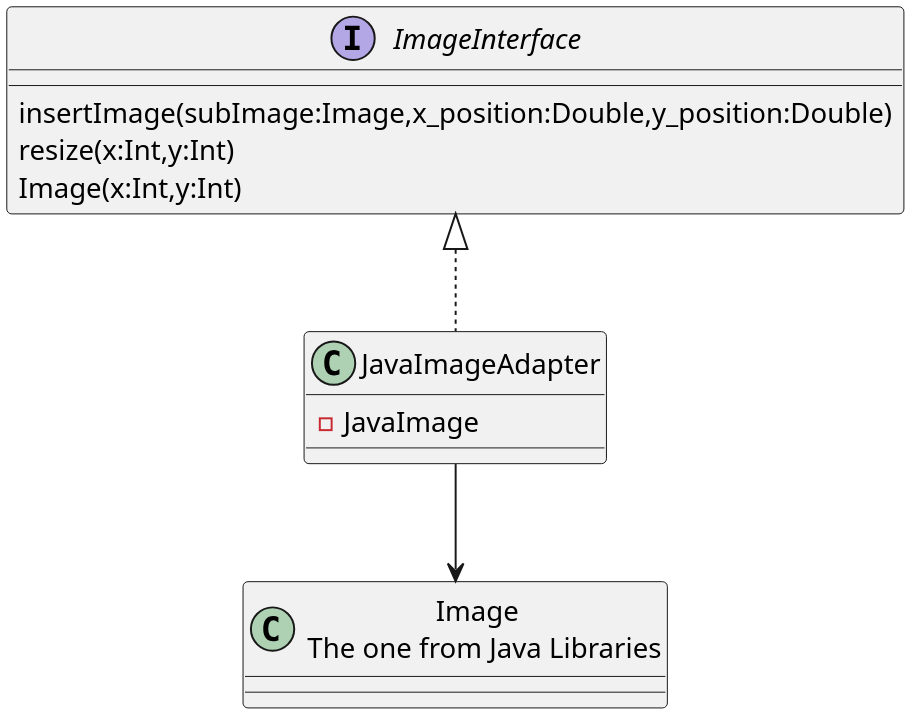
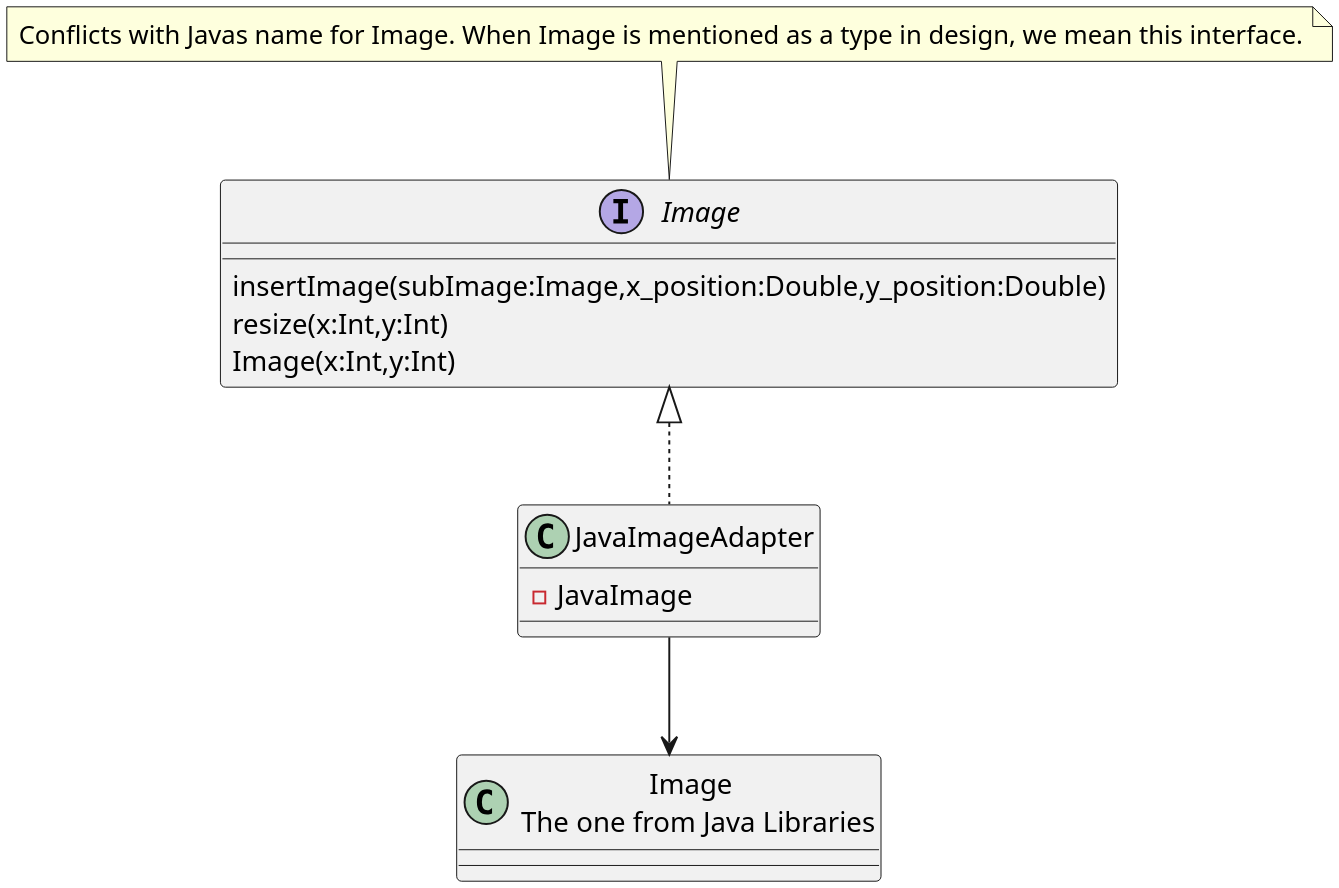
One commit to MatthewBregg/DesignPatternsRepo changed the diagram in Structure_UML/Image.org. Above: the diagram before and after it, drawn with PlantUML. The commit also changed 5 other files, not shown here.

Commit message:
Updated BuilderConstruction UML, Driver uml, Image UML

```diff
--- a/Structure_UML/Image.org
+++ b/Structure_UML/Image.org
@@ -2,21 +2,23 @@
 #+BEGIN_SRC plantuml :file ImageClass.png
 skinparam dpi 300
 
 class JavaImage as "Image \n The one from Java Libraries"
 
 
-Interface ImageInterface
+Interface ImageInterface as "Image"
+
+note top : Conflicts with Javas name for Image. When Image is mentioned as a type in design, we mean this interface.
 
 ImageInterface : insertImage(subImage:Image,x_position:Double,y_position:Double)
 
 ImageInterface : resize(x:Int,y:Int)
 
 ImageInterface : Image(x:Int,y:Int)
 
 class JavaImageAdapter
 JavaImageAdapter : -JavaImage
 
 ImageInterface <|.. JavaImageAdapter 
 JavaImageAdapter --> JavaImage
 
 #+END_SRC
```
